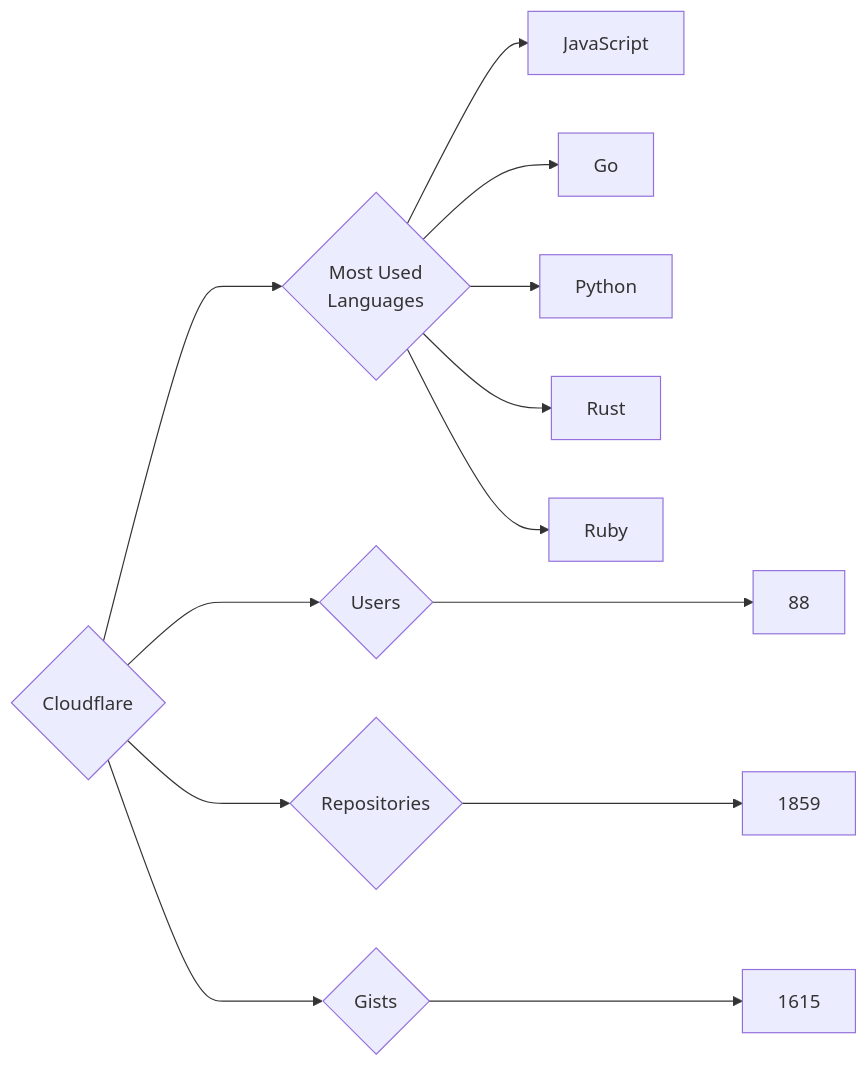
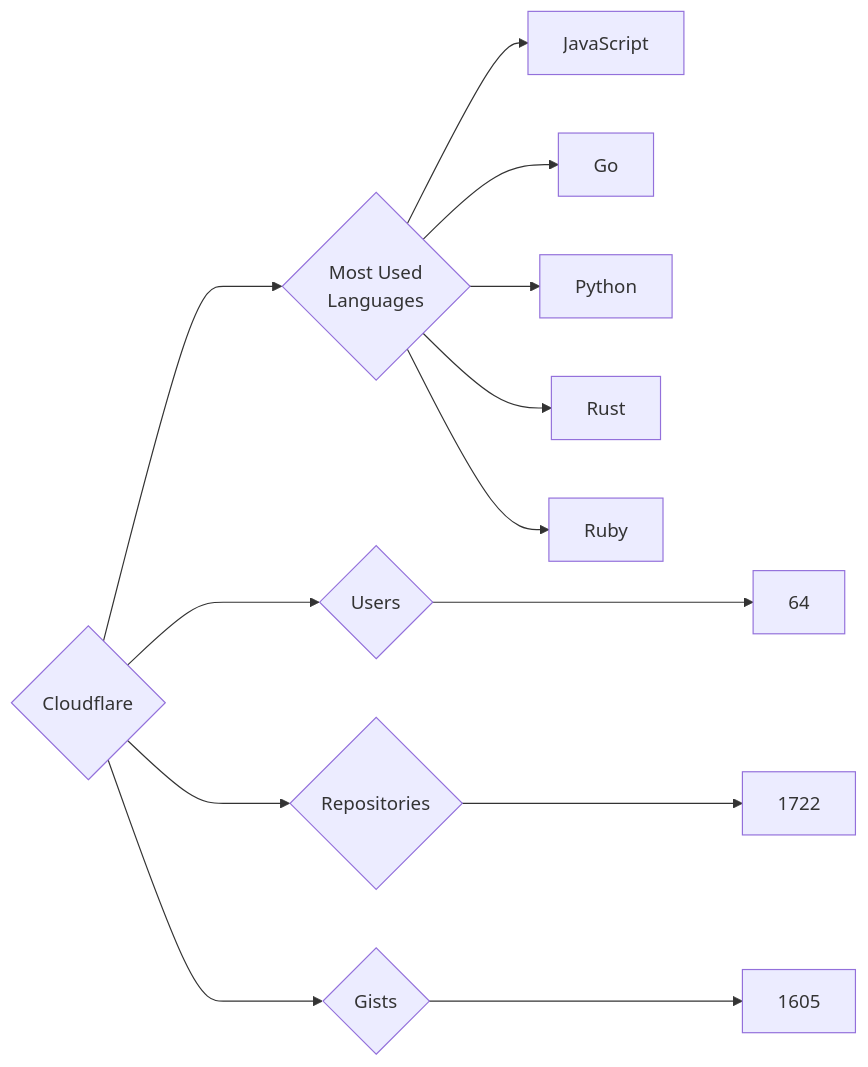
One commit to trickest/insiders changed the diagram in targets/Cloudflare/README.md. Above: the diagram before and after it, drawn with Mermaid. The commit also changed 984 other files, not shown here.

````diff
--- a/targets/Cloudflare/README.md
+++ b/targets/Cloudflare/README.md
@@ -3,13 +3,13 @@
 ```mermaid
 graph LR
 COMPANY_NAME{Cloudflare}
-COMPANY_NAME ---> U{Users} ---> UN[88]
-COMPANY_NAME ---> R{Repositories} ---> RN[1859]
-COMPANY_NAME ---> G{Gists} ---> GN[1615]
+COMPANY_NAME ---> U{Users} ---> UN[64]
+COMPANY_NAME ---> R{Repositories} ---> RN[1722]
+COMPANY_NAME ---> G{Gists} ---> GN[1605]
 COMPANY_NAME ---> ML{Most Used<br>Languages}
 ML --> JavaScript[JavaScript]
 ML --> Go[Go]
 ML --> Python[Python]
 ML --> Rust[Rust]
 ML --> Ruby[Ruby]
 ```
````
